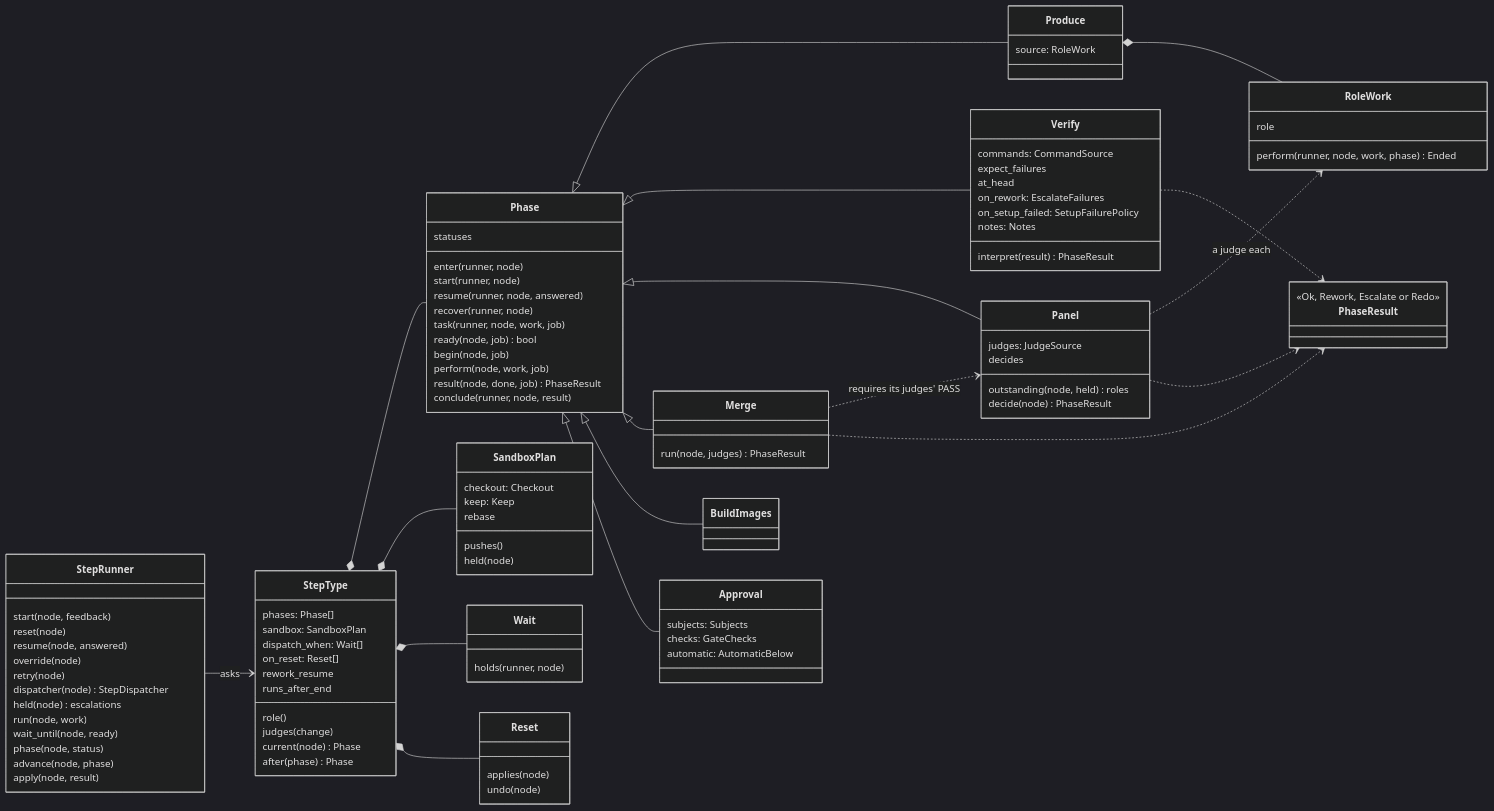
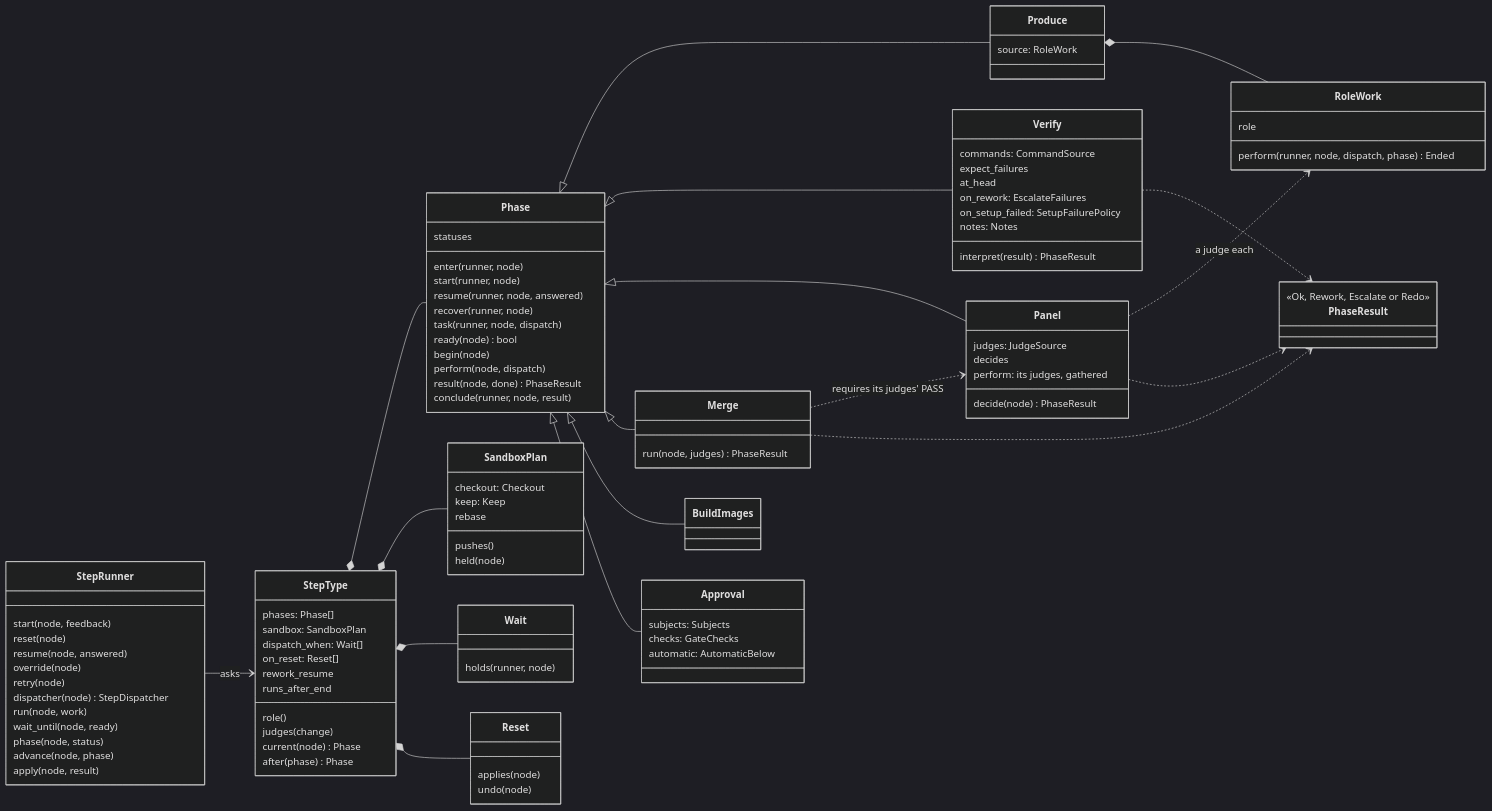
The fourth of 6 diagrams in docs/architecture.md (mr-miles/orchestrator), drawn with Mermaid (dark theme) before and after one commit. The commit also changed other lines of this file and 4 other files, not shown here.

First line of the commit message:
One task for the whole panel; no per-task 'job'

```diff
--- a/docs/architecture.md
+++ b/docs/architecture.md
@@ -327,7 +327,6 @@
         override(node)
         retry(node)
         dispatcher(node) StepDispatcher
-        held(node) escalations
         run(node, work)
         wait_until(node, ready)
         phase(node, status)
@@ -340,11 +339,11 @@
         start(runner, node)
         resume(runner, node, answered)
         recover(runner, node)
-        task(runner, node, work, job)
-        ready(node, job) bool
-        begin(node, job)
-        perform(node, work, job)
-        result(node, done, job) PhaseResult
+        task(runner, node, dispatch)
+        ready(node) bool
+        begin(node)
+        perform(node, dispatch)
+        result(node, done) PhaseResult
         conclude(runner, node, result)
     }
     class Produce {
@@ -352,7 +351,7 @@
     }
     class RoleWork {
         role
-        perform(runner, node, work, phase) Ended
+        perform(runner, node, dispatch, phase) Ended
     }
     class Verify {
         commands: CommandSource
@@ -366,7 +365,7 @@
     class Panel {
         judges: JudgeSource
         decides
-        outstanding(node, held) roles
+        perform: its judges, gathered
         decide(node) PhaseResult
     }
     class Merge {
```
